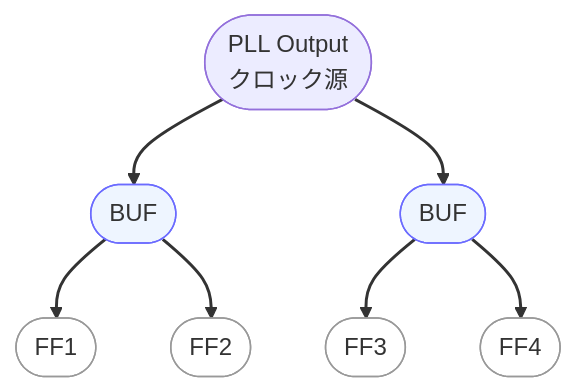
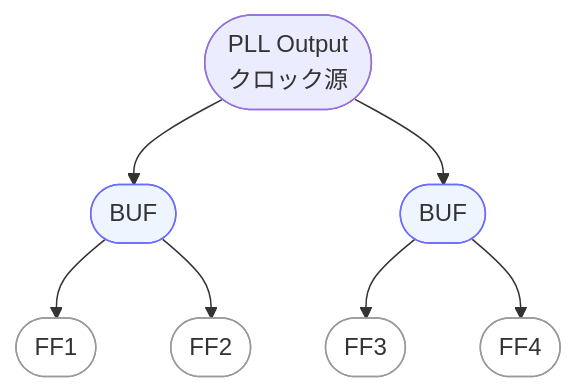
One commit to Samizo-AITL/Edusemi-v4x changed the first of 2 diagrams in d_chapter9_pll_and_clock_design/clock_tree_design.md. Above: the diagram before and after it, drawn with Mermaid. The commit also changed other lines of this file, not shown here.

````diff
--- a/d_chapter9_pll_and_clock_design/clock_tree_design.md
+++ b/d_chapter9_pll_and_clock_design/clock_tree_design.md
@@ -42,26 +37,18 @@
 ```mermaid
 flowchart TB
-  %% ===== Top (PLL root) =====
   ROOT([PLL Output<br/>クロック源])
-
-  %% ===== Level 1 Buffers =====
   B1A([BUF]):::buf
   B1B([BUF]):::buf
-
-  %% ===== Level 2 (Sinks: Flip-Flops) =====
   FF1([FF1]):::ff
   FF2([FF2]):::ff
   FF3([FF3]):::ff
   FF4([FF4]):::ff
 
-  %% ===== Edges =====
   ROOT --> B1A --> FF1
   B1A --> FF2
   ROOT --> B1B --> FF3
   B1B --> FF4
 
-  %% ===== Notes =====
-  linkStyle default stroke-width:2px
   classDef buf fill:#eef5ff,stroke:#6b6bff,rx:6,ry:6
   classDef ff fill:#ffffff,stroke:#999,rx:6,ry:6
 ```
````
